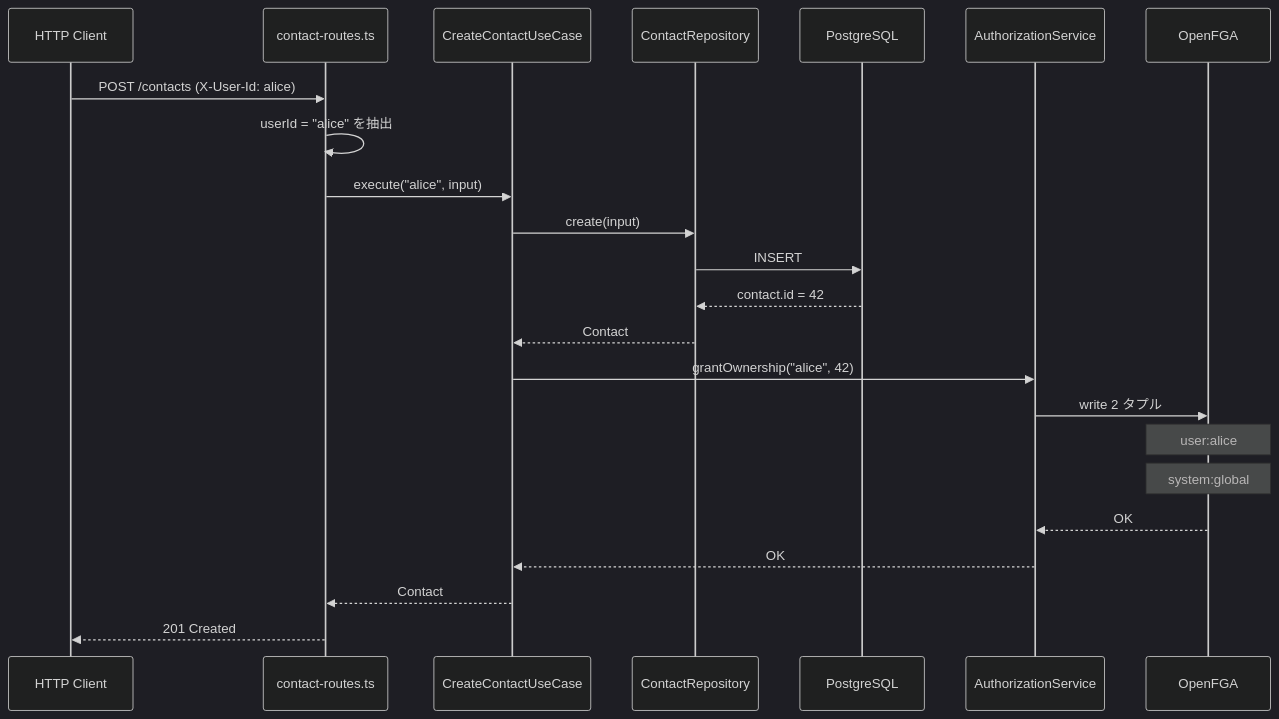
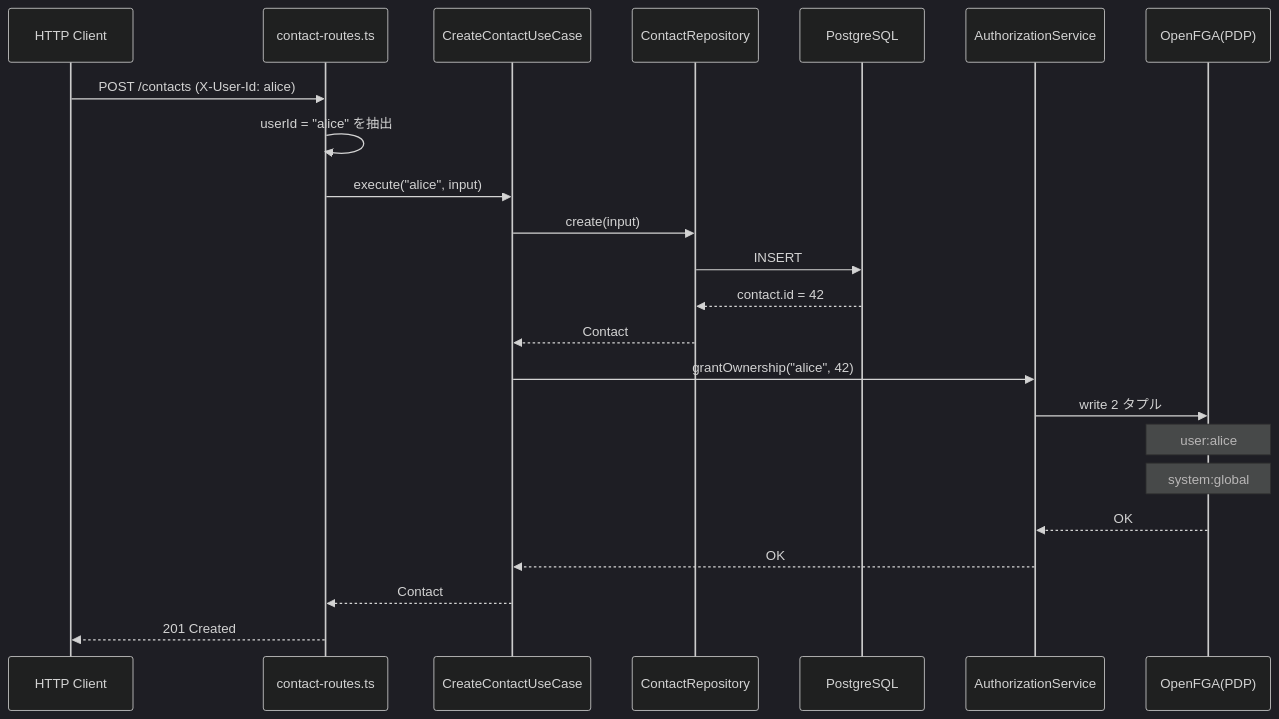
Before and after one commit to uraitakahito/contact-api: the second of 2 diagrams in docs/authorization.md, drawn with Mermaid (dark theme). The commit also changed other lines of this file, not shown here.

Commit message:
Update OpenFGA references in authorization documentation

````diff
--- a/docs/authorization.md
+++ b/docs/authorization.md
@@ -59,26 +59,26 @@
 ```mermaid
 sequenceDiagram
     participant Client as HTTP Client
     participant Routes as contact-routes.ts
     participant UC as CreateContactUseCase
     participant Repo as ContactRepository
     participant DB as PostgreSQL
     participant Authz as AuthorizationService
-    participant FGA as OpenFGA
+    participant FGA as OpenFGA(PDP)
 
     Client->>Routes: POST /contacts (X-User-Id: alice)
     Routes->>Routes: userId = "alice" を抽出
     Routes->>UC: execute("alice", input)
     UC->>Repo: create(input)
     Repo->>DB: INSERT
     DB-->>Repo: contact.id = 42
     Repo-->>UC: Contact
     UC->>Authz: grantOwnership("alice", 42)
     Authz->>FGA: write 2 タプル
     Note over FGA: user:alice #owner contact:42<br/>(alice は contact:42 の owner)
     Note over FGA: system:global #system contact:42<br/>(admin 継承用の parent リンク)
     FGA-->>Authz: OK
     Authz-->>UC: OK
     UC-->>Routes: Contact
     Routes-->>Client: 201 Created
 ```
````
